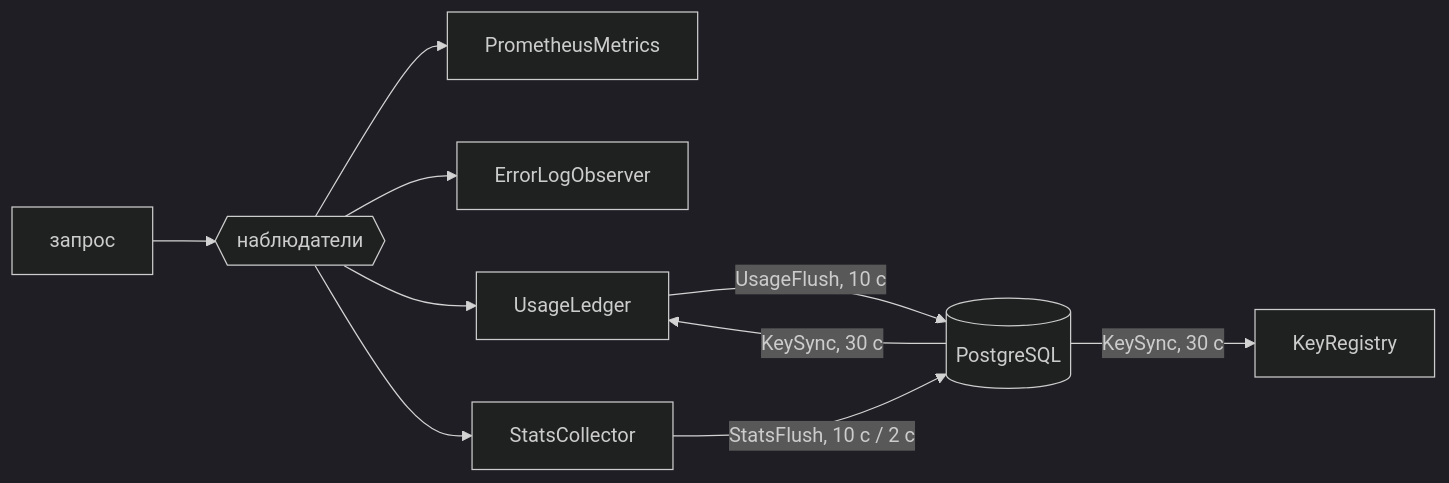
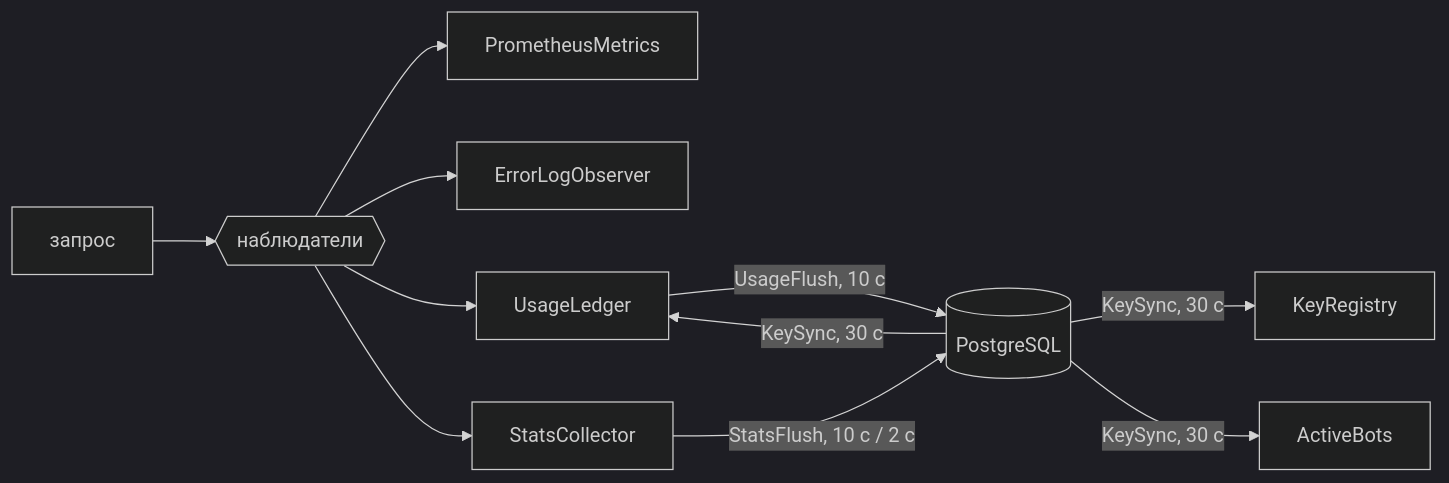
Before and after one commit to fonartur/tg-relay-gateway: the third of 3 diagrams in docs/architecture.md, drawn with Mermaid (dark theme). The commit also changed other lines of this file and 30 other files, not shown here.

````diff
--- a/docs/architecture.md
+++ b/docs/architecture.md
@@ -123,12 +141,13 @@
 ```mermaid
 flowchart LR
     req[запрос] --> obs{{наблюдатели}}
     obs --> m[PrometheusMetrics]
     obs --> l[ErrorLogObserver]
     obs --> ul[UsageLedger]
     obs --> sc[StatsCollector]
     ul -- UsageFlush, 10 с --> db[(PostgreSQL)]
     sc -- StatsFlush, 10 с / 2 с --> db
     db -- KeySync, 30 с --> kr[KeyRegistry]
     db -- KeySync, 30 с --> ul
+    db -- KeySync, 30 с --> ab[ActiveBots]
 ```
````
